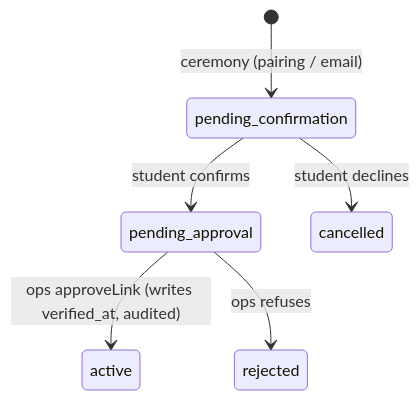
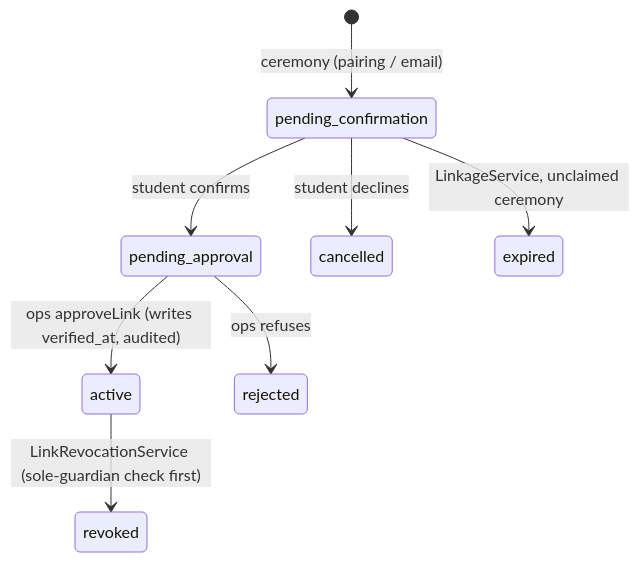
The fifth of 7 diagrams in docs/reference/KAP-DATA-ATLAS.md (Ivanwongclub/ka-playground), drawn with Mermaid before and after one commit. The commit also changed other lines of this file and 3 other files, not shown here.

````diff
--- a/docs/reference/KAP-DATA-ATLAS.md
+++ b/docs/reference/KAP-DATA-ATLAS.md
@@ -192,8 +195,10 @@
 ```mermaid
 stateDiagram-v2
     [*] --> pending_confirmation: ceremony (pairing / email)
     pending_confirmation --> pending_approval: student confirms
     pending_confirmation --> cancelled: student declines
     pending_approval --> active: ops approveLink (writes verified_at, audited)
     pending_approval --> rejected: ops refuses
+    active --> revoked: LinkRevocationService (sole-guardian check first)
+    pending_confirmation --> expired: LinkageService, unclaimed ceremony
 ```
````
